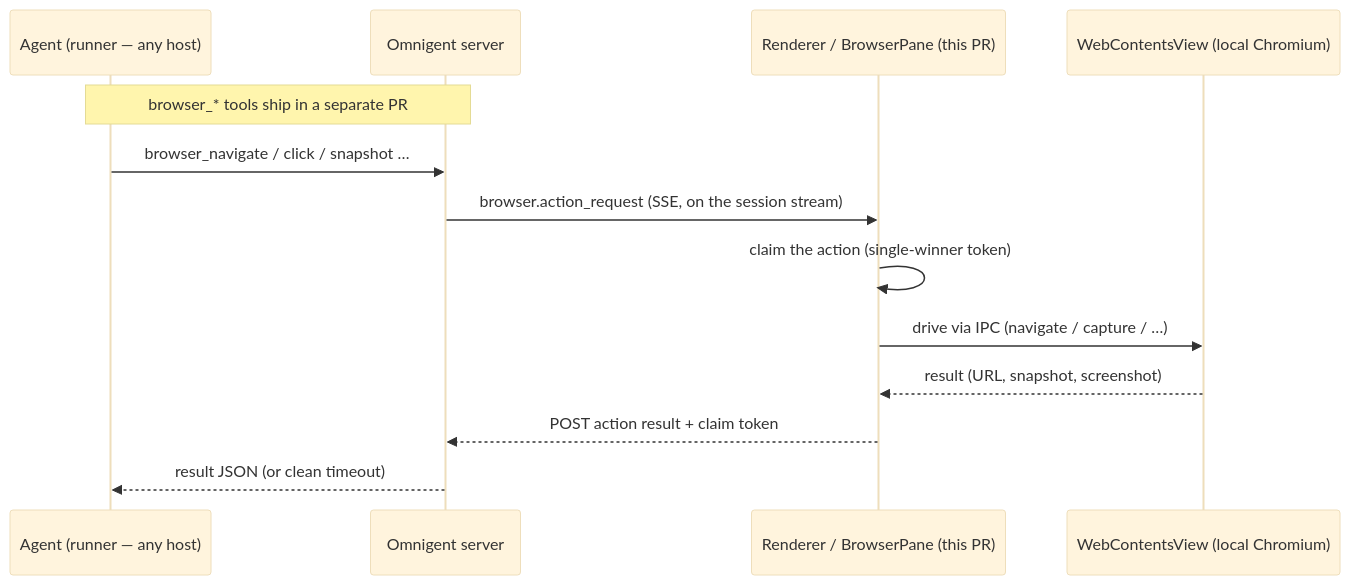
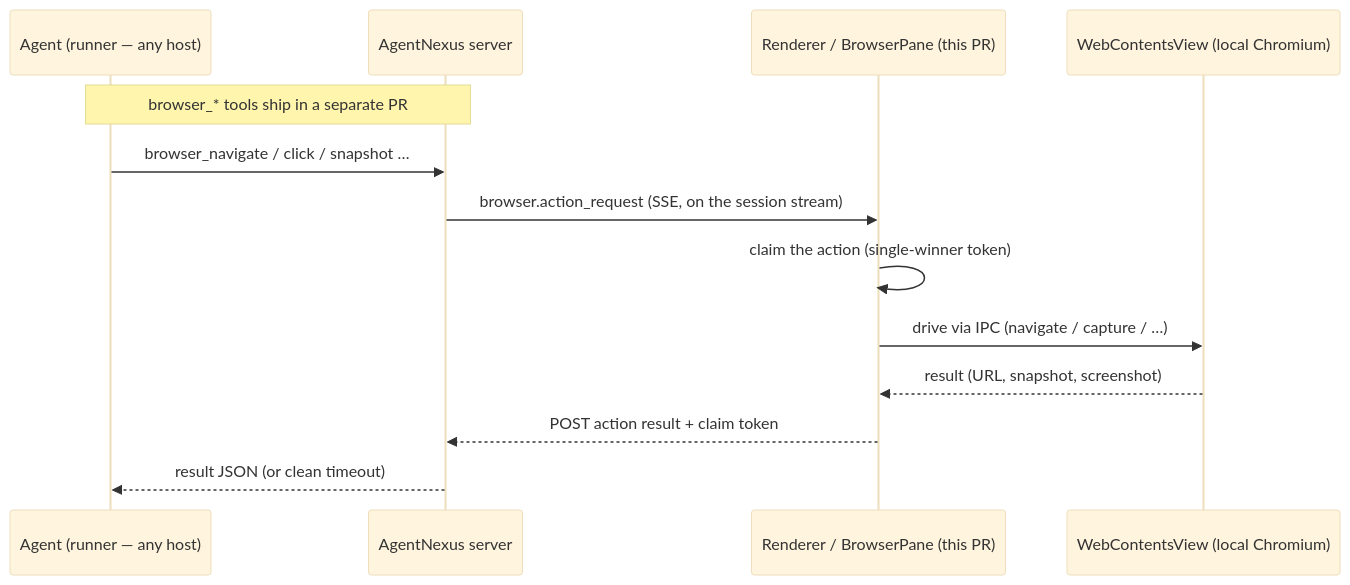
One commit to K4y2020/AgentNexus changed the diagram in web/electron/README.md. Above: the diagram before and after it, drawn with Mermaid (base theme). The commit also changed other lines of this file and 3917 other files, not shown here.

````diff
--- a/web/electron/README.md
+++ b/web/electron/README.md
@@ -247,16 +247,16 @@
 ```mermaid
 sequenceDiagram
     participant A as Agent (runner — any host)
-    participant S as Omnigent server
+    participant S as AgentNexus server
     participant R as Renderer / BrowserPane (this PR)
     participant V as WebContentsView (local Chromium)
 
     Note over A,S: browser_* tools ship in a separate PR
     A->>S: browser_navigate / click / snapshot …
     S->>R: browser.action_request (SSE, on the session stream)
     R->>R: claim the action (single-winner token)
     R->>V: drive via IPC (navigate / capture / …)
     V-->>R: result (URL, snapshot, screenshot)
     R-->>S: POST action result + claim token
     S-->>A: result JSON (or clean timeout)
 ```
````
